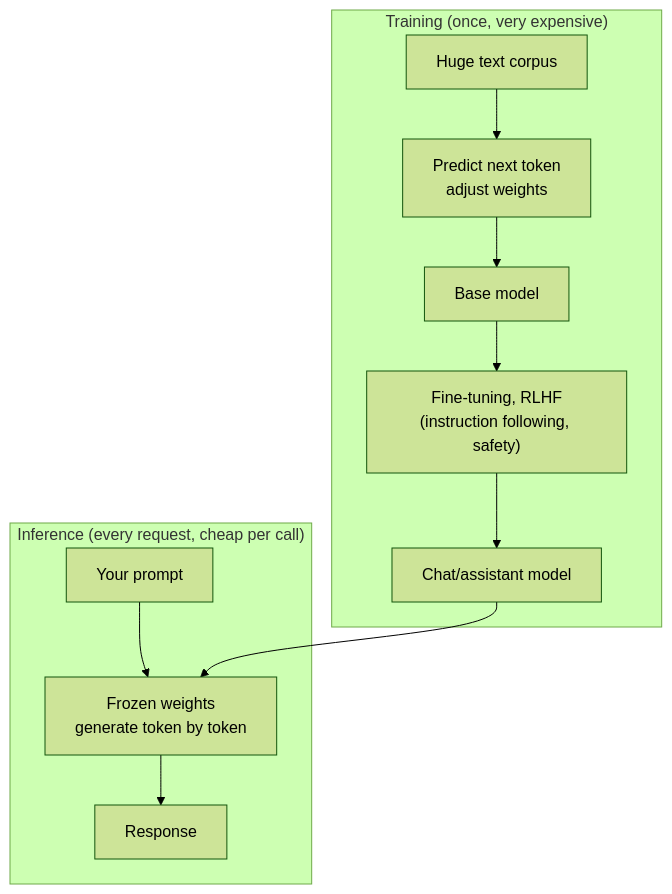
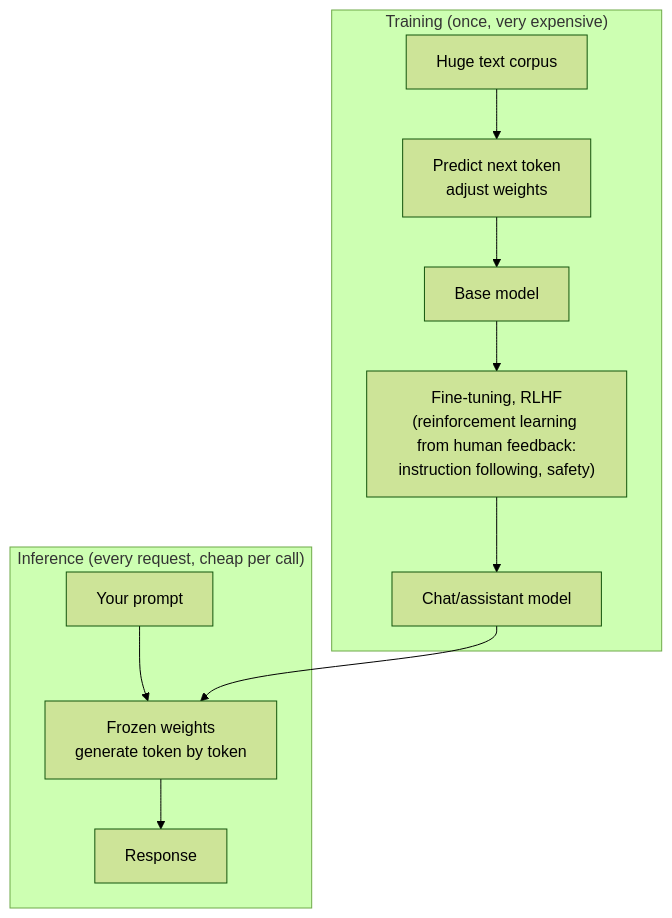
Before and after one commit to sztistvan/llm-explained-handouts: the second of 2 diagrams in docs/00-orientation.md, drawn with Mermaid (forest theme). The commit also changed other lines of this file and 11 other files, not shown here.

````diff
--- a/docs/00-orientation.md
+++ b/docs/00-orientation.md
@@ -33,14 +33,14 @@
 ```mermaid
 flowchart TB
     subgraph Training["Training (once, very expensive)"]
       T1["Huge text corpus"] --> T2["Predict next token<br/>adjust weights"]
       T2 --> T3["Base model"]
-      T3 --> T4["Fine-tuning, RLHF<br/>(instruction following, safety)"]
+      T3 --> T4["Fine-tuning, RLHF<br/>(reinforcement learning from human feedback:<br/>instruction following, safety)"]
       T4 --> T5["Chat/assistant model"]
     end
     subgraph Inference["Inference (every request, cheap per call)"]
       I1["Your prompt"] --> I2["Frozen weights<br/>generate token by token"]
       I2 --> I3["Response"]
     end
     T5 --> I2
 ```
````
